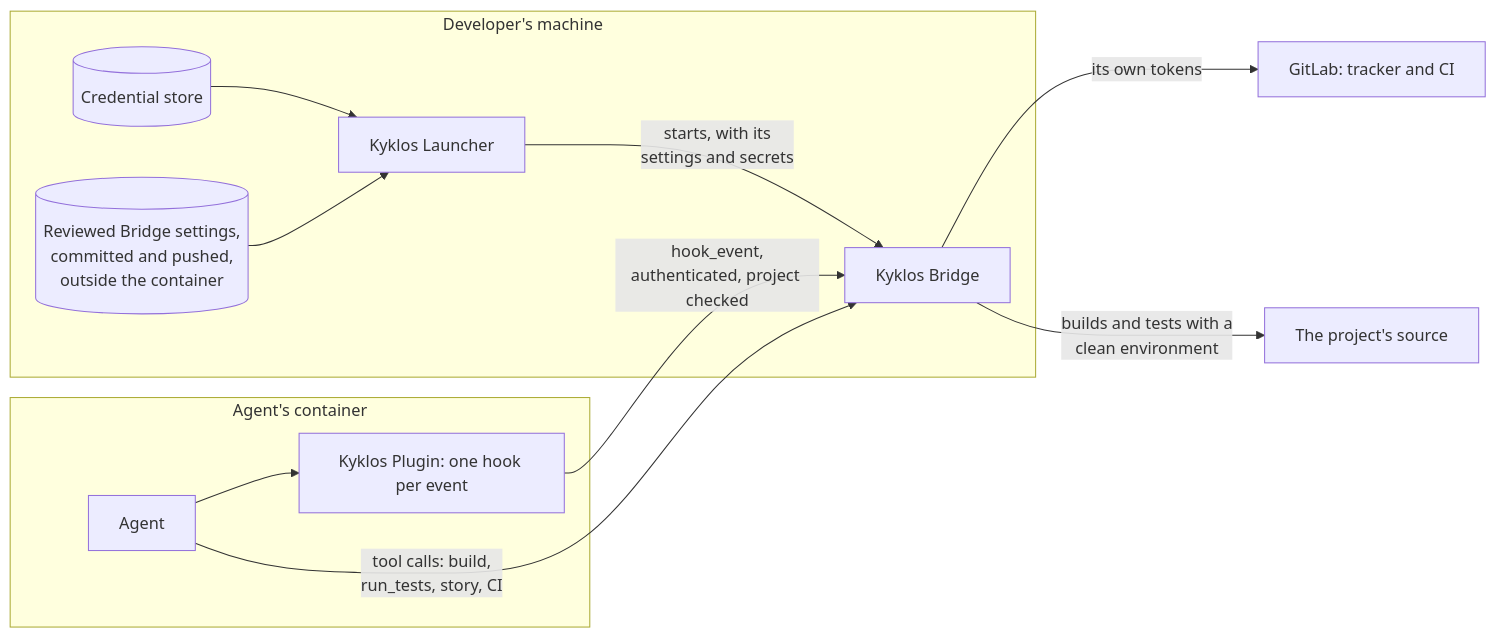
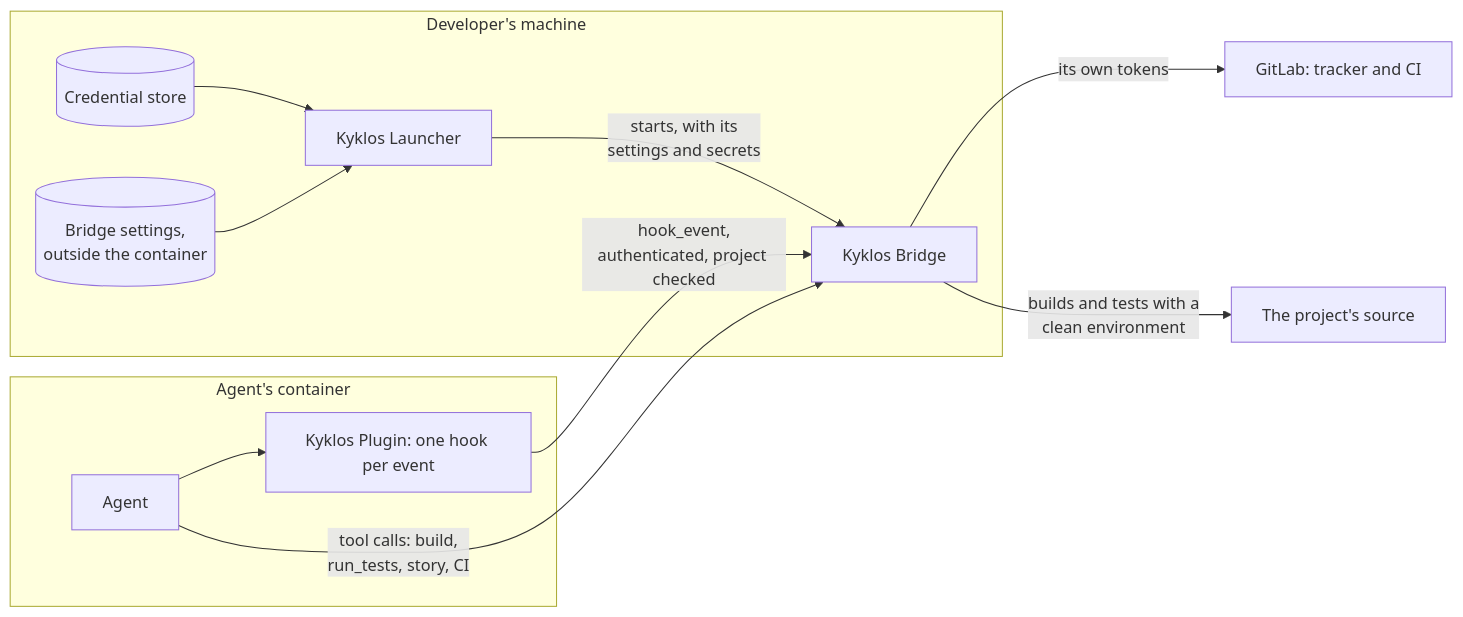
The diagram in docs/COMPONENTS.md (DogmaSolutions/Kyklos), drawn with Mermaid before and after one commit. The commit also changed other lines of this file and 40 other files, not shown here.

````diff
--- a/docs/COMPONENTS.md
+++ b/docs/COMPONENTS.md
@@ -30,15 +30,15 @@
 ```mermaid
 flowchart LR
     subgraph Container["Agent's container"]
         AG["Agent"] --> PL["Kyklos Plugin: one hook per event"]
     end
     subgraph Host["Developer's machine"]
         LA["Kyklos Launcher"] -->|"starts, with its<br/>settings and secrets"| BR["Kyklos Bridge"]
         CS[("Credential store")] --> LA
-        RS[("Reviewed Bridge settings,<br/>committed and pushed,<br/>outside the container")] --> LA
+        RS[("Bridge settings,<br/>outside the container")] --> LA
     end
     PL -->|"hook_event,<br/>authenticated, project checked"| BR
     AG -->|"tool calls: build,<br/>run_tests, story, CI"| BR
     BR -->|"its own tokens"| GL["GitLab: tracker and CI"]
     BR -->|"builds and tests with a<br/>clean environment"| SRC["The project's source"]
 ```
````
